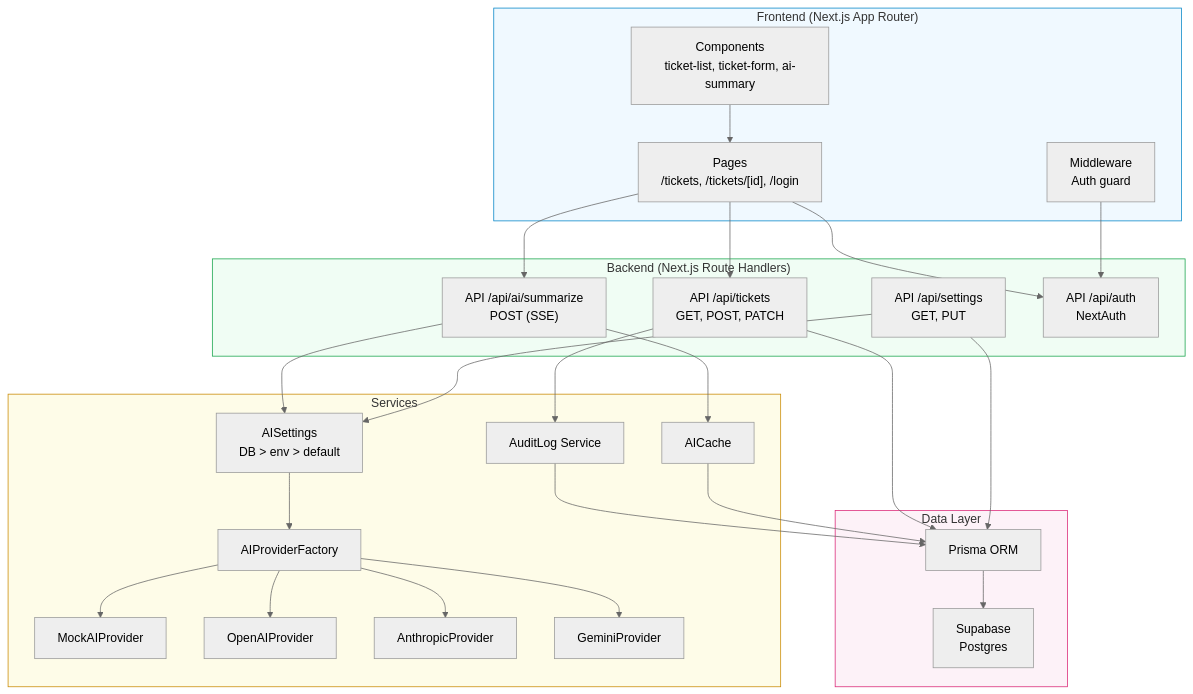
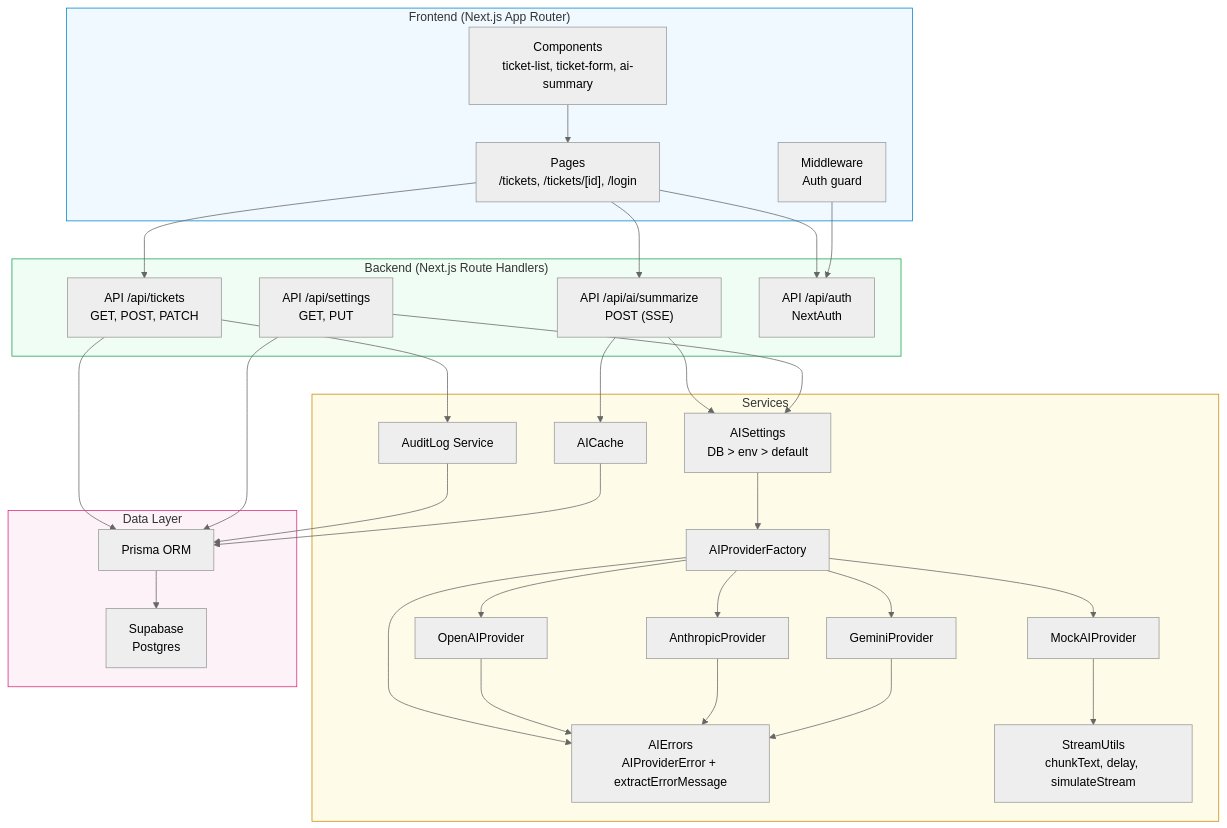
The diagram in docs/ARCHITECTURE.md (PabloFBDev/Adapt-Technical-test), drawn with Mermaid (neutral theme) before and after one commit. The commit also changed other lines of this file and 23 other files, not shown here.

First line of the commit message:
refactor: extract shared AI error handling, stream utilities, and update docs

````diff
--- a/docs/ARCHITECTURE.md
+++ b/docs/ARCHITECTURE.md
@@ -584,58 +589,65 @@
 ```mermaid
 graph TB
     subgraph Client ["Frontend (Next.js App Router)"]
         Pages["Pages<br/>/tickets, /tickets/[id], /login"]
         Components["Components<br/>ticket-list, ticket-form, ai-summary"]
         Middleware["Middleware<br/>Auth guard"]
     end
 
     subgraph Server ["Backend (Next.js Route Handlers)"]
         API_Tickets["API /api/tickets<br/>GET, POST, PATCH"]
         API_AI["API /api/ai/summarize<br/>POST (SSE)"]
         API_Settings["API /api/settings<br/>GET, PUT"]
         API_Auth["API /api/auth<br/>NextAuth"]
     end
 
     subgraph Services ["Services"]
         AISettings["AISettings<br/>DB > env > default"]
         AIFactory["AIProviderFactory"]
+        AIErrors["AIErrors<br/>AIProviderError + extractErrorMessage"]
+        AIStreamUtils["StreamUtils<br/>chunkText, delay, simulateStream"]
         MockAI["MockAIProvider"]
         OpenAI["OpenAIProvider"]
         Anthropic["AnthropicProvider"]
         Gemini["GeminiProvider"]
         Cache["AICache"]
         Audit["AuditLog Service"]
     end
 
     subgraph Data ["Data Layer"]
         Prisma["Prisma ORM"]
         Supabase["Supabase<br/>Postgres"]
     end
 
     Pages --> API_Tickets
     Pages --> API_AI
     Pages --> API_Auth
     Components --> Pages
 
     API_Tickets --> Prisma
     API_Tickets --> Audit
     API_AI --> AISettings
     API_AI --> Cache
     API_Settings --> AISettings
     API_Settings --> Prisma
     AISettings --> AIFactory
+    AIFactory --> AIErrors
     AIFactory --> MockAI
     AIFactory --> OpenAI
     AIFactory --> Anthropic
     AIFactory --> Gemini
+    MockAI --> AIStreamUtils
+    OpenAI --> AIErrors
+    Anthropic --> AIErrors
+    Gemini --> AIErrors
     Audit --> Prisma
     Cache --> Prisma
     Prisma --> Supabase
 
     Middleware --> API_Auth
 
     style Client fill:#f0f9ff,stroke:#0284c7
     style Server fill:#f0fdf4,stroke:#16a34a
     style Services fill:#fefce8,stroke:#ca8a04
     style Data fill:#fdf2f8,stroke:#db2777
 ```
````
